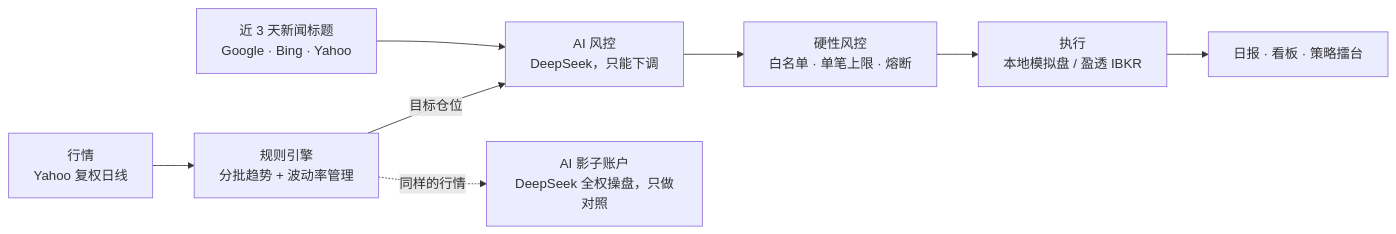
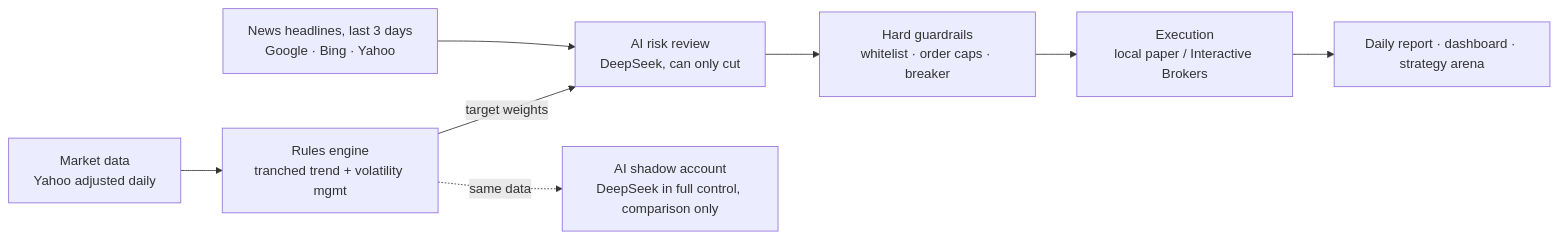
The diagram in README.md (gjiaxi05-ctrl/guardian-invest), drawn with Mermaid before and after one commit. The commit also changed other lines of this file and 8 other files, not shown here.

````diff
--- a/README.md
+++ b/README.md
@@ -69,10 +70,10 @@
 ```mermaid
 flowchart LR
-  D[行情<br/>Yahoo 复权日线] --> R[规则引擎<br/>分批趋势 + 波动率管理]
-  R -- 目标仓位 --> A[AI 风控<br/>DeepSeek，只能下调]
-  N[近 3 天新闻标题<br/>Google · Bing · Yahoo] --> A
-  A --> G[硬性风控<br/>白名单 · 单笔上限 · 熔断]
-  G --> X[执行<br/>本地模拟盘 / 盈透 IBKR]
-  X --> O[日报 · 看板 · 策略擂台]
-  R -. 同样的行情 .-> S[AI 影子账户<br/>DeepSeek 全权操盘，只做对照]
+  D[Market data<br/>Yahoo adjusted daily] --> R[Rules engine<br/>tranched trend + volatility mgmt]
+  R -- target weights --> A[AI risk review<br/>DeepSeek, can only cut]
+  N[News headlines, last 3 days<br/>Google · Bing · Yahoo] --> A
+  A --> G[Hard guardrails<br/>whitelist · order caps · breaker]
+  G --> X[Execution<br/>local paper / Interactive Brokers]
+  X --> O[Daily report · dashboard · strategy arena]
+  R -. same data .-> S[AI shadow account<br/>DeepSeek in full control, comparison only]
 ```
````
